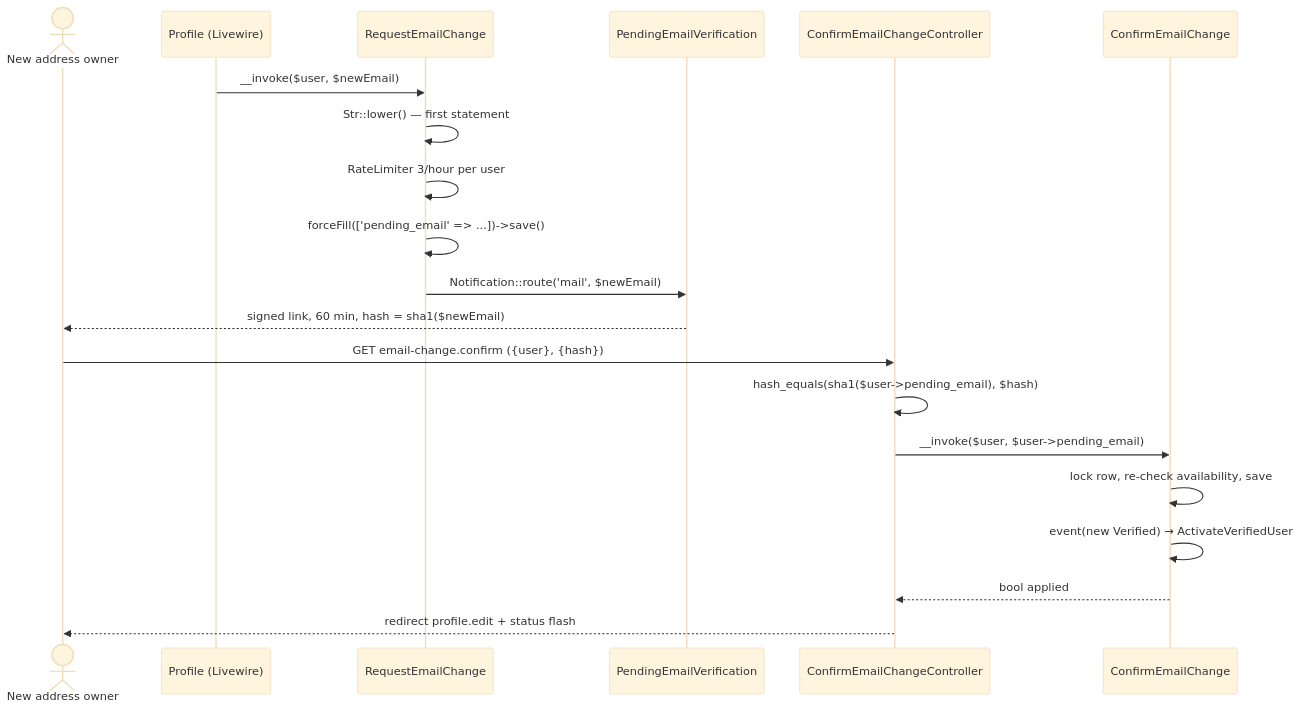
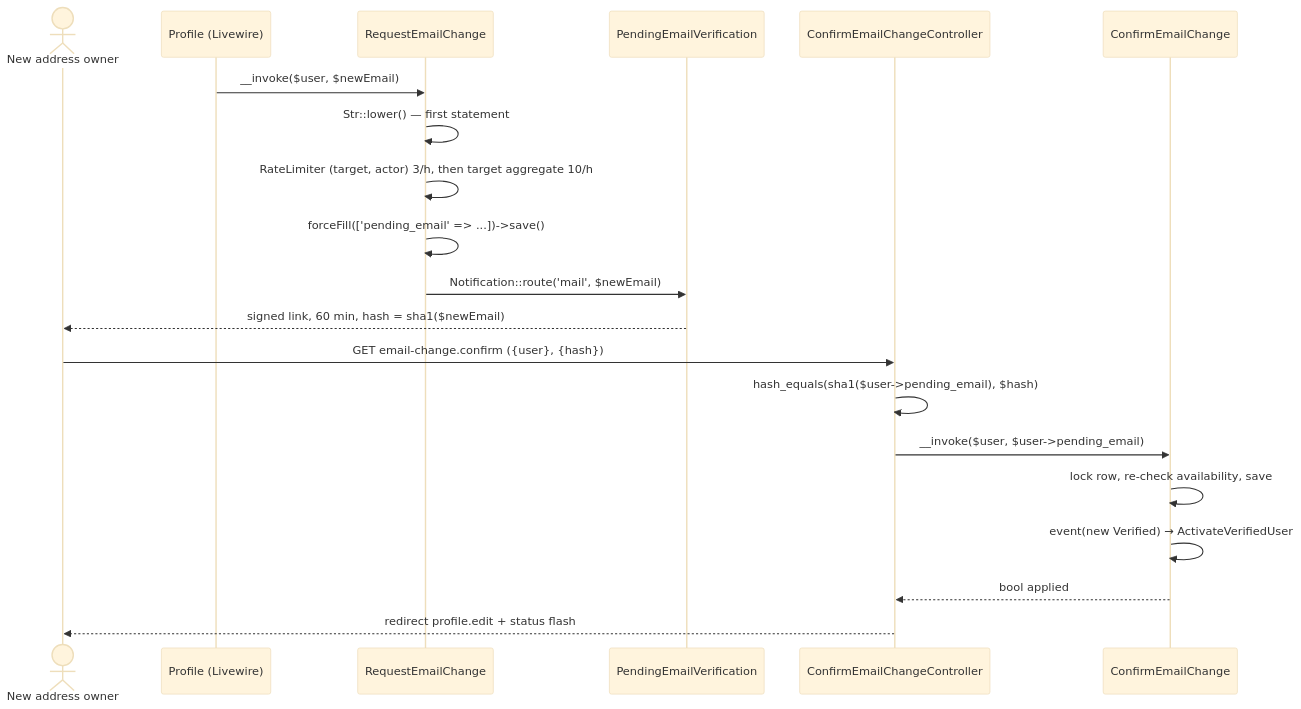
One commit to LIDR-academy/AI4Devs-finalproject changed the third of 4 diagrams in arospe/docs/architecture/authentication.md. Above: the diagram before and after it, drawn with Mermaid (base theme). The commit also changed other lines of this file and 9 other files, not shown here.

````diff
--- a/arospe/docs/architecture/authentication.md
+++ b/arospe/docs/architecture/authentication.md
@@ -286,24 +288,24 @@
 ```mermaid
 sequenceDiagram
     actor Owner as New address owner
     participant UI as Profile (Livewire)
     participant Request as RequestEmailChange
     participant Mail as PendingEmailVerification
     participant Ctrl as ConfirmEmailChangeController
     participant Confirm as ConfirmEmailChange
 
     UI->>Request: __invoke($user, $newEmail)
     Request->>Request: Str::lower() — first statement
-    Request->>Request: RateLimiter 3/hour per user
+    Request->>Request: RateLimiter (target, actor) 3/h, then target aggregate 10/h
     Request->>Request: forceFill(['pending_email' => ...])->save()
     Request->>Mail: Notification::route('mail', $newEmail)
     Mail-->>Owner: signed link, 60 min, hash = sha1($newEmail)
 
     Owner->>Ctrl: GET email-change.confirm ({user}, {hash})
     Ctrl->>Ctrl: hash_equals(sha1($user->pending_email), $hash)
     Ctrl->>Confirm: __invoke($user, $user->pending_email)
     Confirm->>Confirm: lock row, re-check availability, save
     Confirm->>Confirm: event(new Verified) → ActivateVerifiedUser
     Confirm-->>Ctrl: bool applied
     Ctrl-->>Owner: redirect profile.edit + status flash
 ```
````
